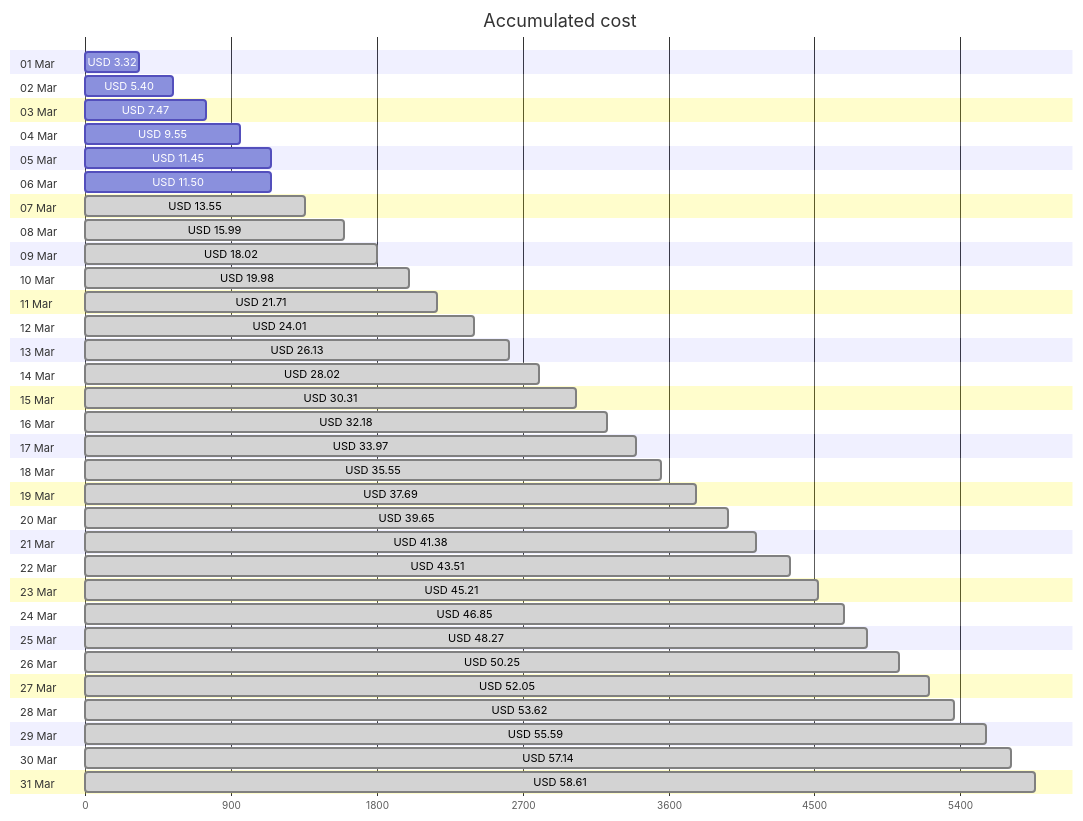
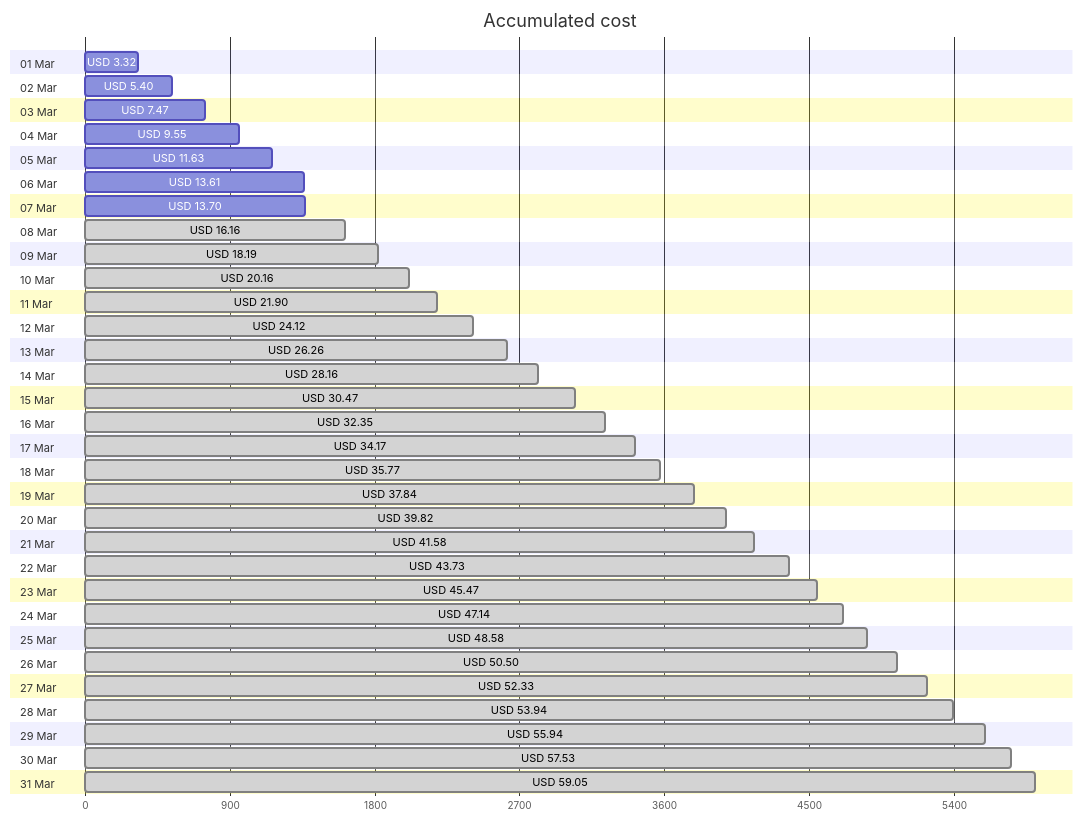
One commit to jpfulton/azure-personal-reports changed the first of 4 diagrams in cost-reports/accumulated-cost.md. Above: the diagram before and after it, drawn with Mermaid. The commit also changed other lines of this file and 4 other files, not shown here.

````diff
--- a/cost-reports/accumulated-cost.md
+++ b/cost-reports/accumulated-cost.md
@@ -20,68 +20,68 @@
 ```mermaid
 gantt
    title Accumulated cost
    dateFormat  X
    axisFormat %s
    section 01 Mar
    USD 3.32 :0, 332
    section 02 Mar
    USD 5.40 :0, 540
    section 03 Mar
    USD 7.47 :0, 747
    section 04 Mar
    USD 9.55 :0, 955
    section 05 Mar
-   USD 11.45 :0, 1145
+   USD 11.63 :0, 1163
    section 06 Mar
-   USD 11.50 :0, 1150
+   USD 13.61 :0, 1361
    section 07 Mar
-   USD 13.55 : done, 0, 1355
+   USD 13.70 :0, 1370
    section 08 Mar
-   USD 15.99 : done, 0, 1599
+   USD 16.16 : done, 0, 1616
    section 09 Mar
-   USD 18.02 : done, 0, 1802
+   USD 18.19 : done, 0, 1819
    section 10 Mar
-   USD 19.98 : done, 0, 1998
+   USD 20.16 : done, 0, 2016
    section 11 Mar
-   USD 21.71 : done, 0, 2171
+   USD 21.90 : done, 0, 2190
    section 12 Mar
-   USD 24.01 : done, 0, 2401
+   USD 24.12 : done, 0, 2412
    section 13 Mar
-   USD 26.13 : done, 0, 2613
+   USD 26.26 : done, 0, 2626
    section 14 Mar
-   USD 28.02 : done, 0, 2802
+   USD 28.16 : done, 0, 2816
    section 15 Mar
-   USD 30.31 : done, 0, 3031
+   USD 30.47 : done, 0, 3047
    section 16 Mar
-   USD 32.18 : done, 0, 3218
+   USD 32.35 : done, 0, 3235
    section 17 Mar
-   USD 33.97 : done, 0, 3397
+   USD 34.17 : done, 0, 3417
    section 18 Mar
-   USD 35.55 : done, 0, 3555
+   USD 35.77 : done, 0, 3577
    section 19 Mar
-   USD 37.69 : done, 0, 3769
+   USD 37.84 : done, 0, 3784
    section 20 Mar
-   USD 39.65 : done, 0, 3965
+   USD 39.82 : done, 0, 3982
    section 21 Mar
-   USD 41.38 : done, 0, 4138
+   USD 41.58 : done, 0, 4158
    section 22 Mar
-   USD 43.51 : done, 0, 4351
+   USD 43.73 : done, 0, 4373
    section 23 Mar
-   USD 45.21 : done, 0, 4521
+   USD 45.47 : done, 0, 4547
    section 24 Mar
-   USD 46.85 : done, 0, 4685
+   USD 47.14 : done, 0, 4714
    section 25 Mar
-   USD 48.27 : done, 0, 4827
+   USD 48.58 : done, 0, 4858
    section 26 Mar
-   USD 50.25 : done, 0, 5025
+   USD 50.50 : done, 0, 5050
    section 27 Mar
-   USD 52.05 : done, 0, 5205
+   USD 52.33 : done, 0, 5233
    section 28 Mar
-   USD 53.62 : done, 0, 5362
+   USD 53.94 : done, 0, 5394
    section 29 Mar
-   USD 55.59 : done, 0, 5559
+   USD 55.94 : done, 0, 5594
    section 30 Mar
-   USD 57.14 : done, 0, 5714
+   USD 57.53 : done, 0, 5753
    section 31 Mar
-   USD 58.61 : done, 0, 5861
+   USD 59.05 : done, 0, 5905
 ```
````
